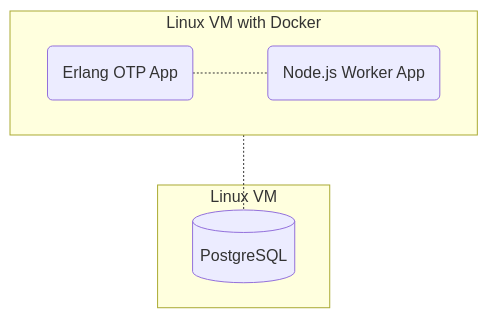
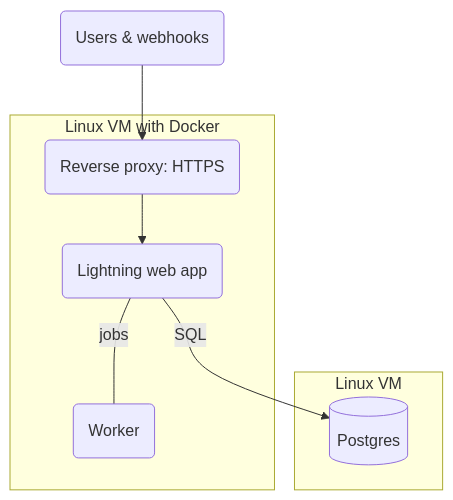
One commit to OpenFn/docs changed the second of 4 diagrams in docs/deploy/requirements.md. Above: the diagram before and after it, drawn with Mermaid. The commit also changed other lines of this file and 4 other files, not shown here.

````diff
--- a/docs/deploy/requirements.md
+++ b/docs/deploy/requirements.md
@@ -123,11 +167,12 @@
 ```mermaid
 flowchart TB
-  ex1-.-db1
-  subgraph "Linux VM with Docker"
-    direction LR
-    ex1(Erlang OTP App)-.-js1(Node.js Worker App)
+  users(Users & webhooks) --> px1
+  ex1 -- SQL --> db1
+  subgraph vm1["Linux VM with Docker"]
+    px1(Reverse proxy: HTTPS) --> ex1
+    ex1(Lightning web app) -- jobs --- w1(Worker)
   end
-  subgraph "Linux VM"
-    db1[(PostgreSQL)]
+  subgraph vm2["Linux VM"]
+    db1[(Postgres)]
   end
 ```
````
